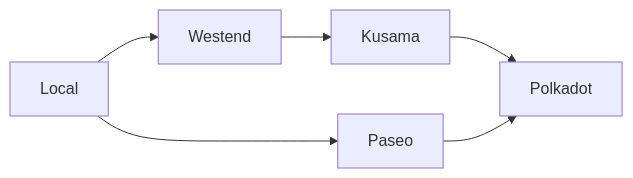
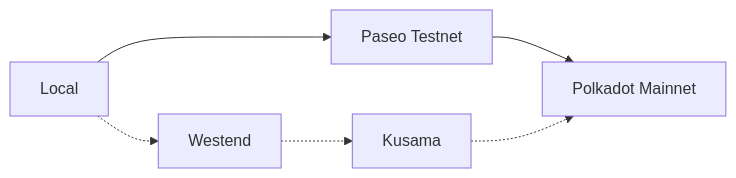
Before and after one commit to polkadot-developers/polkadot-docs: the diagram in reference/parachains/networks.md, drawn with Mermaid. The commit also changed other lines of this file, not shown here.

````diff
--- a/reference/parachains/networks.md
+++ b/reference/parachains/networks.md
@@ -17,5 +17,5 @@
 ``` mermaid
 flowchart LR
-    id1[Local] --> id2[Westend] --> id4[Kusama] --> id5[Polkadot]  
-    id1[Local] --> id3[Paseo] --> id5[Polkadot] 
+    id1[Local] --> id3[Paseo Testnet] --> id5[Polkadot Mainnet]
+    id1[Local] -.-> id2[Westend] -.-> id4[Kusama] -.-> id5[Polkadot Mainnet]
 ```
````
